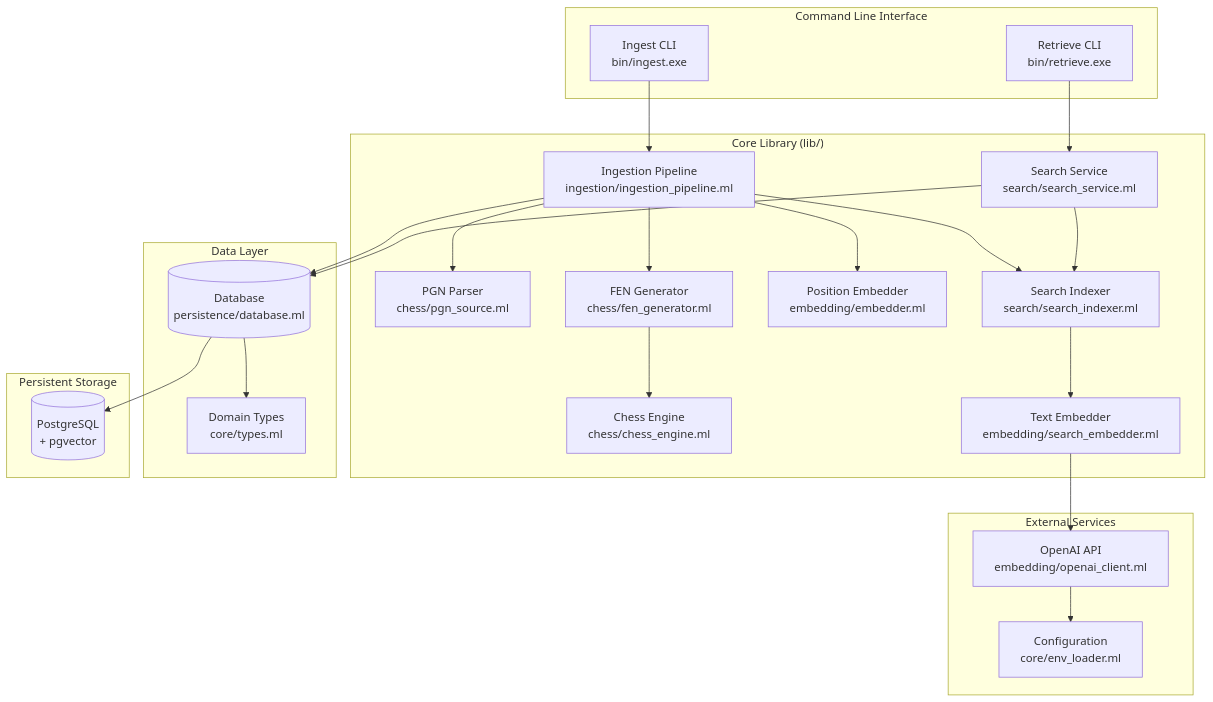
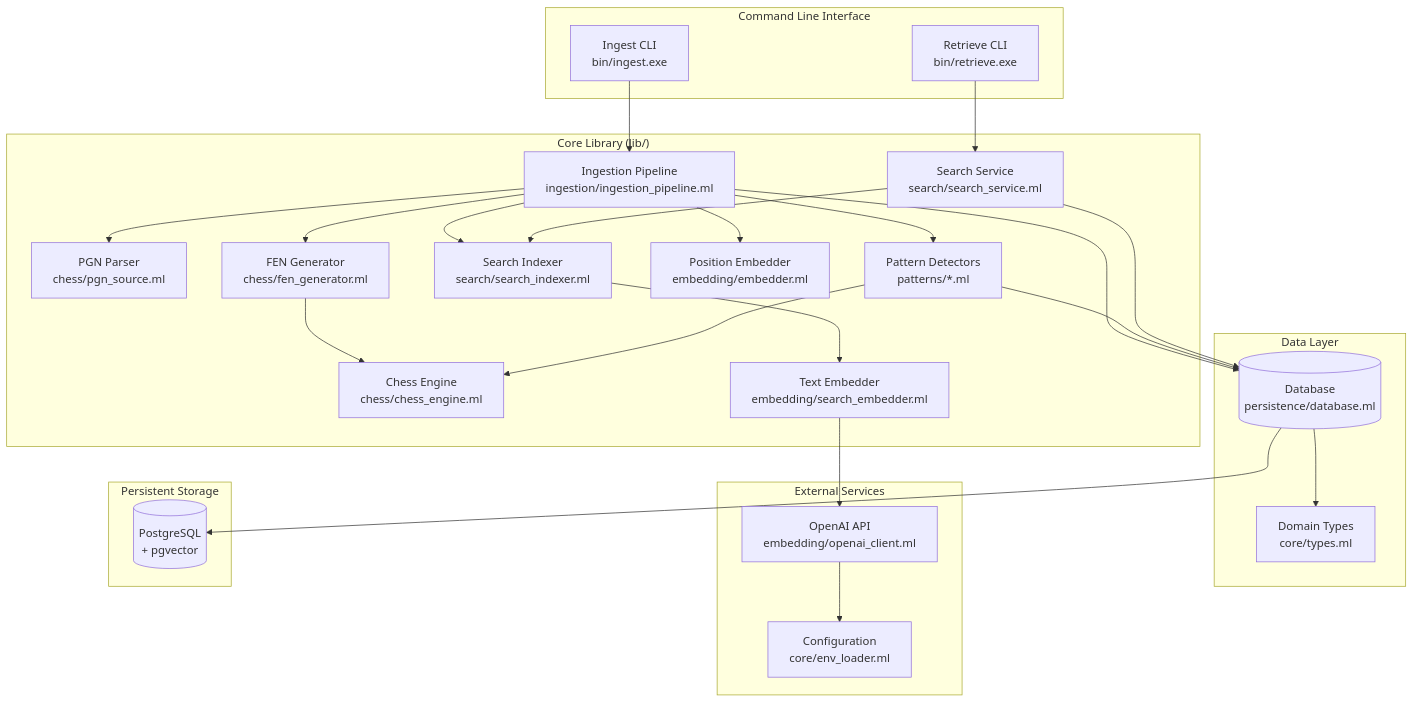
The first of 4 diagrams in docs/ARCHITECTURE.md (HendrikReh/chessbuddy), drawn with Mermaid before and after one commit. The commit also changed other lines of this file and 13 other files, not shown here.

````diff
--- a/docs/ARCHITECTURE.md
+++ b/docs/ARCHITECTURE.md
@@ -37,48 +38,52 @@
 ```mermaid
 flowchart TB
     subgraph CLI["Command Line Interface"]
         ING[Ingest CLI<br/>bin/ingest.exe]
         RET[Retrieve CLI<br/>bin/retrieve.exe]
     end
 
     subgraph CORE["Core Library (lib/)"]
         PIPE[Ingestion Pipeline<br/>ingestion/ingestion_pipeline.ml]
         PGN[PGN Parser<br/>chess/pgn_source.ml]
         CHESS[Chess Engine<br/>chess/chess_engine.ml]
         FEN[FEN Generator<br/>chess/fen_generator.ml]
+        PAT[Pattern Detectors<br/>patterns/*.ml]
         EMB[Position Embedder<br/>embedding/embedder.ml]
         SEARCH[Search Service<br/>search/search_service.ml]
         IDX[Search Indexer<br/>search/search_indexer.ml]
         SEMB[Text Embedder<br/>embedding/search_embedder.ml]
     end
 
     subgraph DATA["Data Layer"]
         DB[(Database<br/>persistence/database.ml)]
         TYPES[Domain Types<br/>core/types.ml]
     end
 
     subgraph EXT["External Services"]
         OPENAI[OpenAI API<br/>embedding/openai_client.ml]
         ENV[Configuration<br/>core/env_loader.ml]
     end
 
     subgraph STORE["Persistent Storage"]
         PG[(PostgreSQL<br/>+ pgvector)]
     end
 
     ING --> PIPE
     RET --> SEARCH
     PIPE --> PGN
     PIPE --> FEN
     FEN --> CHESS
+    PIPE --> PAT
+    PAT --> CHESS
     PIPE --> EMB
     PIPE --> IDX
     SEARCH --> IDX
     IDX --> SEMB
     SEMB --> OPENAI
     OPENAI --> ENV
     PIPE --> DB
+    PAT --> DB
     SEARCH --> DB
     DB --> TYPES
     DB --> PG
 ```
````
